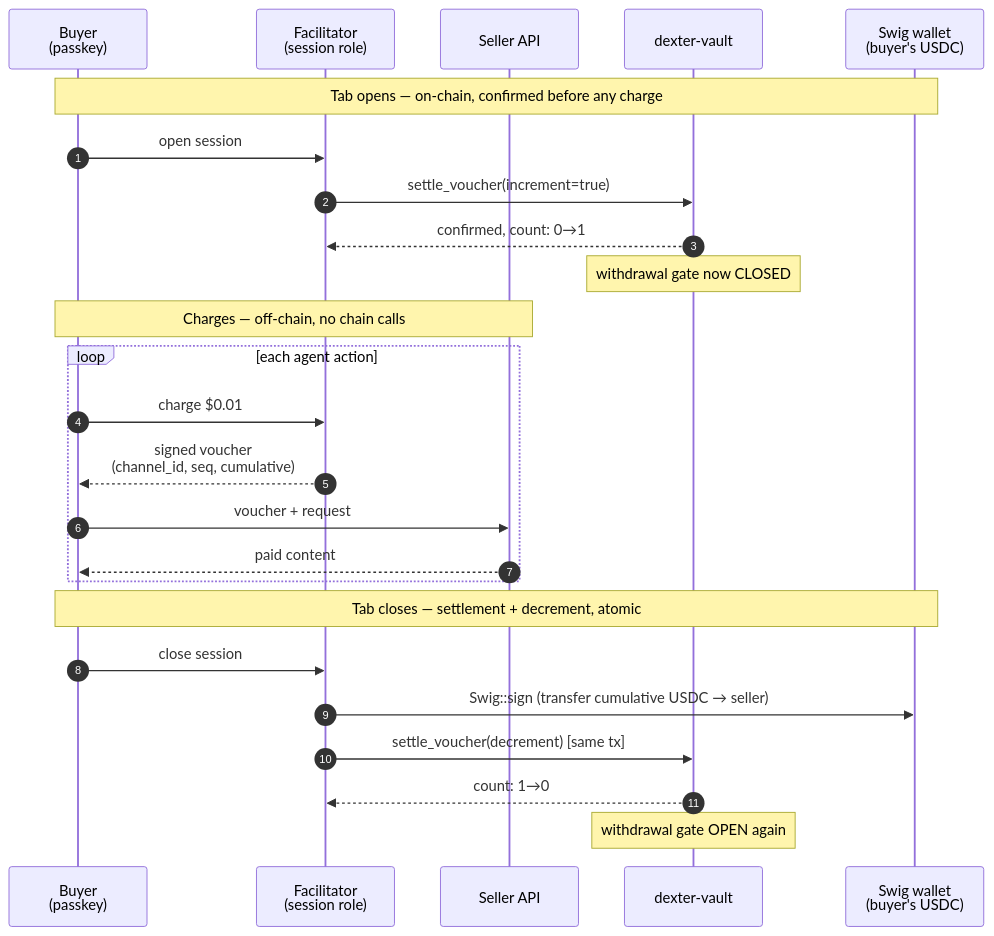
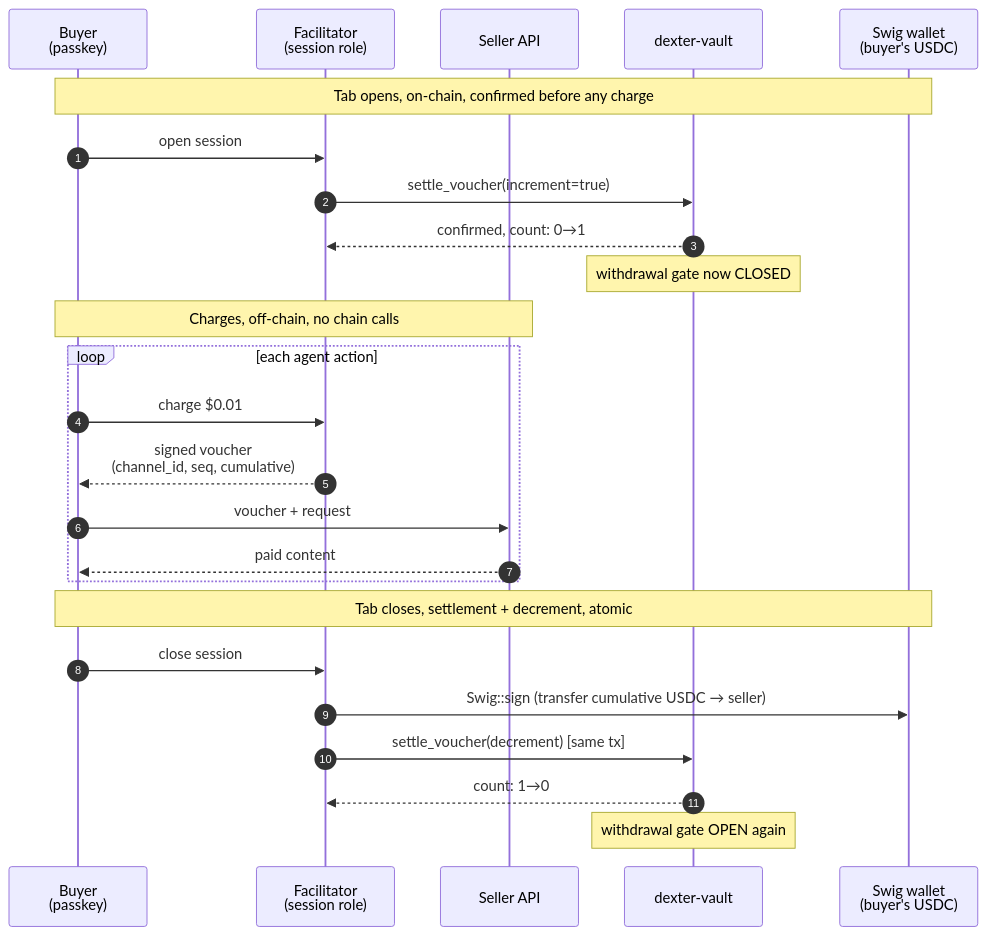
One commit to Dexter-DAO/dexter-vault changed the first of 2 diagrams in README.md. Above: the diagram before and after it, drawn with Mermaid. The commit also changed other lines of this file and 1 other file, not shown here.

````diff
--- a/README.md
+++ b/README.md
@@ -69,30 +104,30 @@
 ```mermaid
 sequenceDiagram
     autonumber
     participant Buyer as Buyer<br/>(passkey)
     participant Facilitator as Facilitator<br/>(session role)
     participant Seller as Seller API
     participant Vault as dexter-vault
     participant Swig as Swig wallet<br/>(buyer's USDC)
 
-    Note over Buyer,Swig: Tab opens — on-chain, confirmed before any charge
+    Note over Buyer,Swig: Tab opens, on-chain, confirmed before any charge
     Buyer->>Facilitator: open session
     Facilitator->>Vault: settle_voucher(increment=true)
     Vault-->>Facilitator: confirmed, count: 0→1
     Note over Vault: withdrawal gate now CLOSED
 
-    Note over Buyer,Seller: Charges — off-chain, no chain calls
+    Note over Buyer,Seller: Charges, off-chain, no chain calls
     loop each agent action
         Buyer->>Facilitator: charge $0.01
         Facilitator-->>Buyer: signed voucher<br/>(channel_id, seq, cumulative)
         Buyer->>Seller: voucher + request
         Seller-->>Buyer: paid content
     end
 
-    Note over Buyer,Swig: Tab closes — settlement + decrement, atomic
+    Note over Buyer,Swig: Tab closes, settlement + decrement, atomic
     Buyer->>Facilitator: close session
     Facilitator->>Swig: Swig::sign (transfer cumulative USDC → seller)
     Facilitator->>Vault: settle_voucher(decrement) [same tx]
     Vault-->>Facilitator: count: 1→0
     Note over Vault: withdrawal gate OPEN again
 ```
````
